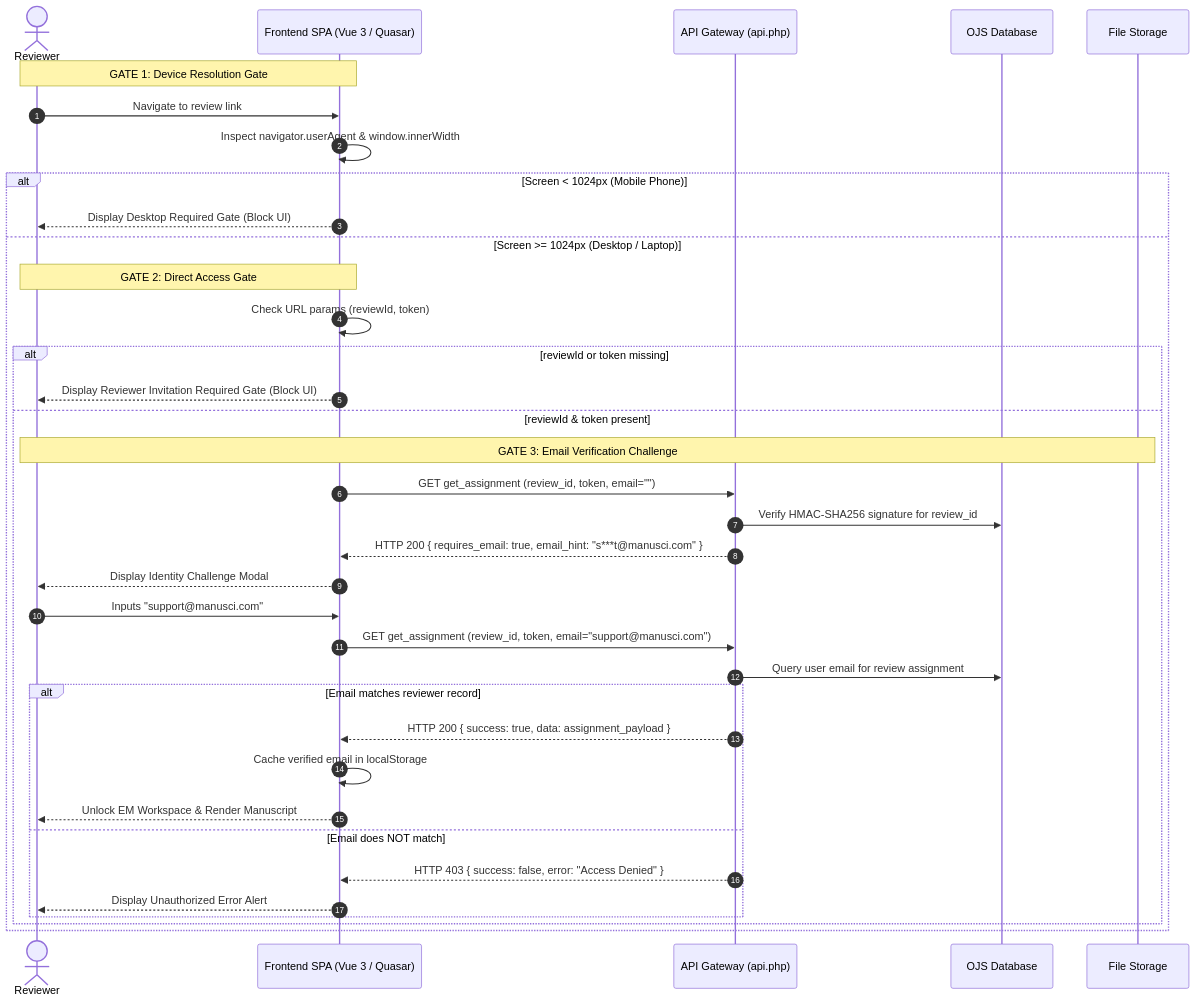
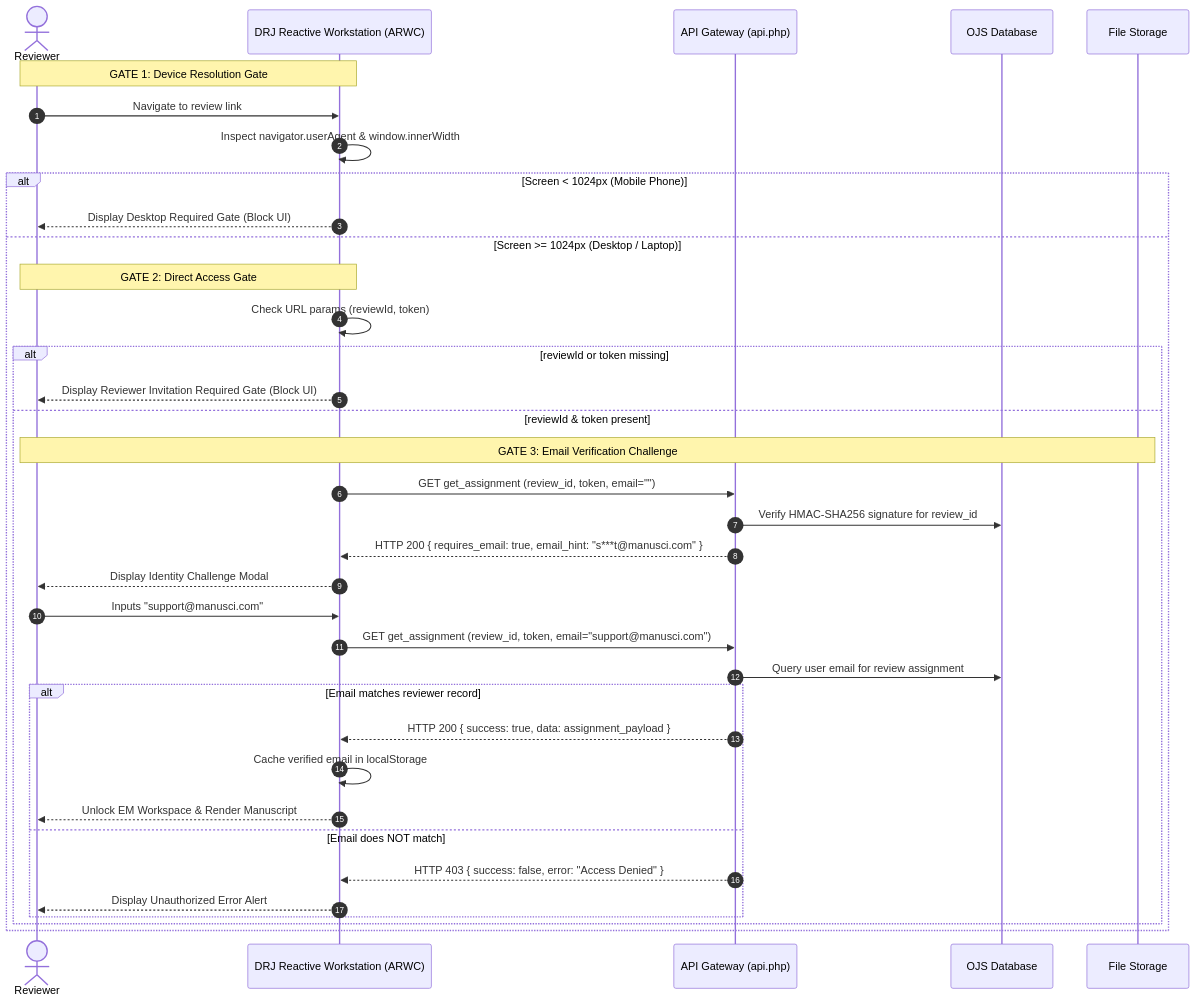
Before and after one commit to dmnuydaph-rgb/editorial-manager-review: the second of 4 diagrams in TECHNICAL_DESIGN.md, drawn with Mermaid. The commit also changed other lines of this file and 6 other files, not shown here.

````diff
--- a/TECHNICAL_DESIGN.md
+++ b/TECHNICAL_DESIGN.md
@@ -64,39 +64,39 @@
 ```mermaid
 sequenceDiagram
     autonumber
     actor Reviewer
-    participant Client as Frontend SPA (Vue 3 / Quasar)
+    participant Client as DRJ Reactive Workstation (ARWC)
     participant API as API Gateway (api.php)
     participant DB as OJS Database
     participant FS as File Storage
 
     Note over Reviewer,Client: GATE 1: Device Resolution Gate
     Reviewer->>Client: Navigate to review link
     Client->>Client: Inspect navigator.userAgent & window.innerWidth
     alt Screen < 1024px (Mobile Phone)
         Client-->>Reviewer: Display Desktop Required Gate (Block UI)
     else Screen >= 1024px (Desktop / Laptop)
         Note over Reviewer,Client: GATE 2: Direct Access Gate
         Client->>Client: Check URL params (reviewId, token)
         alt reviewId or token missing
             Client-->>Reviewer: Display Reviewer Invitation Required Gate (Block UI)
         else reviewId & token present
             Note over Reviewer,FS: GATE 3: Email Verification Challenge
             Client->>API: GET get_assignment (review_id, token, email="")
             API->>DB: Verify HMAC-SHA256 signature for review_id
             API-->>Client: HTTP 200 { requires_email: true, email_hint: "s***t@manusci.com" }
             Client-->>Reviewer: Display Identity Challenge Modal
             Reviewer->>Client: Inputs "support@manusci.com"
             Client->>API: GET get_assignment (review_id, token, email="support@manusci.com")
             API->>DB: Query user email for review assignment
             alt Email matches reviewer record
                 API-->>Client: HTTP 200 { success: true, data: assignment_payload }
                 Client->>Client: Cache verified email in localStorage
                 Client-->>Reviewer: Unlock EM Workspace & Render Manuscript
             else Email does NOT match
                 API-->>Client: HTTP 403 { success: false, error: "Access Denied" }
                 Client-->>Reviewer: Display Unauthorized Error Alert
             end
         end
     end
 ```
````
